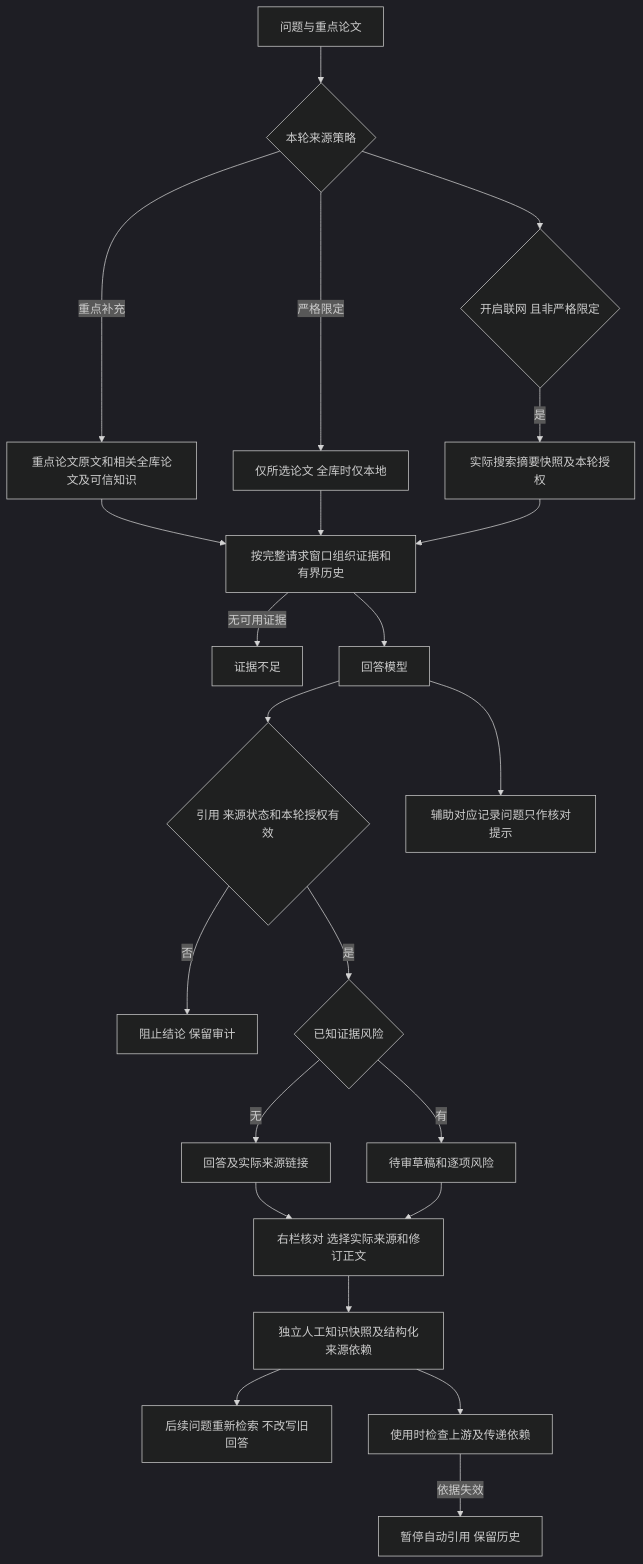
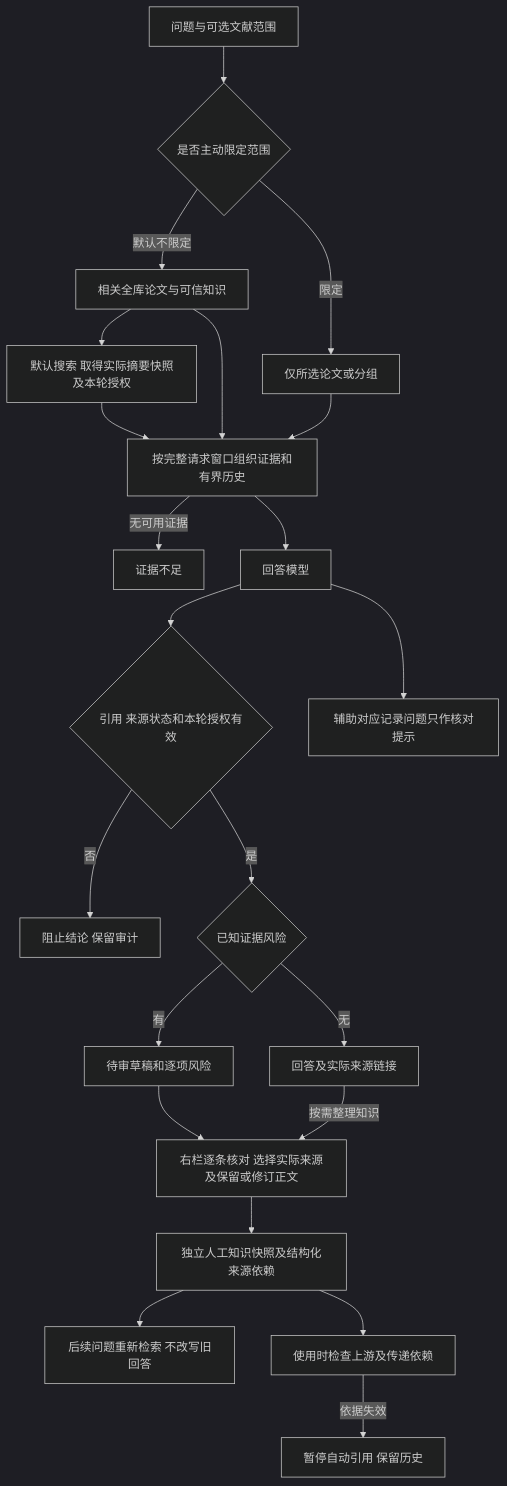
The first of 2 diagrams in docs/M04对话侧缺口与设计-2026-10-21.md (kingjone0/litprism), drawn with Mermaid (dark theme) before and after one commit. The commit also changed other lines of this file and 55 other files, not shown here.

````diff
--- a/docs/M04对话侧缺口与设计-2026-10-21.md
+++ b/docs/M04对话侧缺口与设计-2026-10-21.md
@@ -13,25 +13,24 @@
 ```mermaid
 flowchart TD
-    Q[问题与重点论文] --> S{本轮来源策略}
-    S -->|重点补充| L[重点论文原文和相关全库论文及可信知识]
-    S -->|严格限定| R[仅所选论文 全库时仅本地]
-    S --> W{开启联网 且非严格限定}
-    W -->|是| E[实际搜索摘要快照及本轮授权]
+    Q[问题与可选文献范围] --> S{是否主动限定范围}
+    S -->|默认不限定| L[相关全库论文与可信知识]
+    S -->|限定| R[仅所选论文或分组]
+    L --> E[默认搜索 取得实际摘要快照及本轮授权]
     L --> B[按完整请求窗口组织证据和有界历史]
     R --> B
     E --> B
     B -->|无可用证据| NO[证据不足]
     B --> M[回答模型]
     M --> V{引用 来源状态和本轮授权有效}
     V -->|否| BLOCK[阻止结论 保留审计]
     V -->|是| G{已知证据风险}
     G -->|有| HOLD[待审草稿和逐项风险]
     G -->|无| A[回答及实际来源链接]
     M --> AUX[辅助对应记录问题只作核对提示]
-    A --> H[右栏核对 选择实际来源和修订正文]
+    A -->|按需整理知识| H[右栏逐条核对 选择实际来源及保留或修订正文]
     HOLD --> H
     H --> K[独立人工知识快照及结构化来源依赖]
     K --> NEXT[后续问题重新检索 不改写旧回答]
     K --> D[使用时检查上游及传递依赖]
     D -->|依据失效| OFF[暂停自动引用 保留历史]
 ```
````
